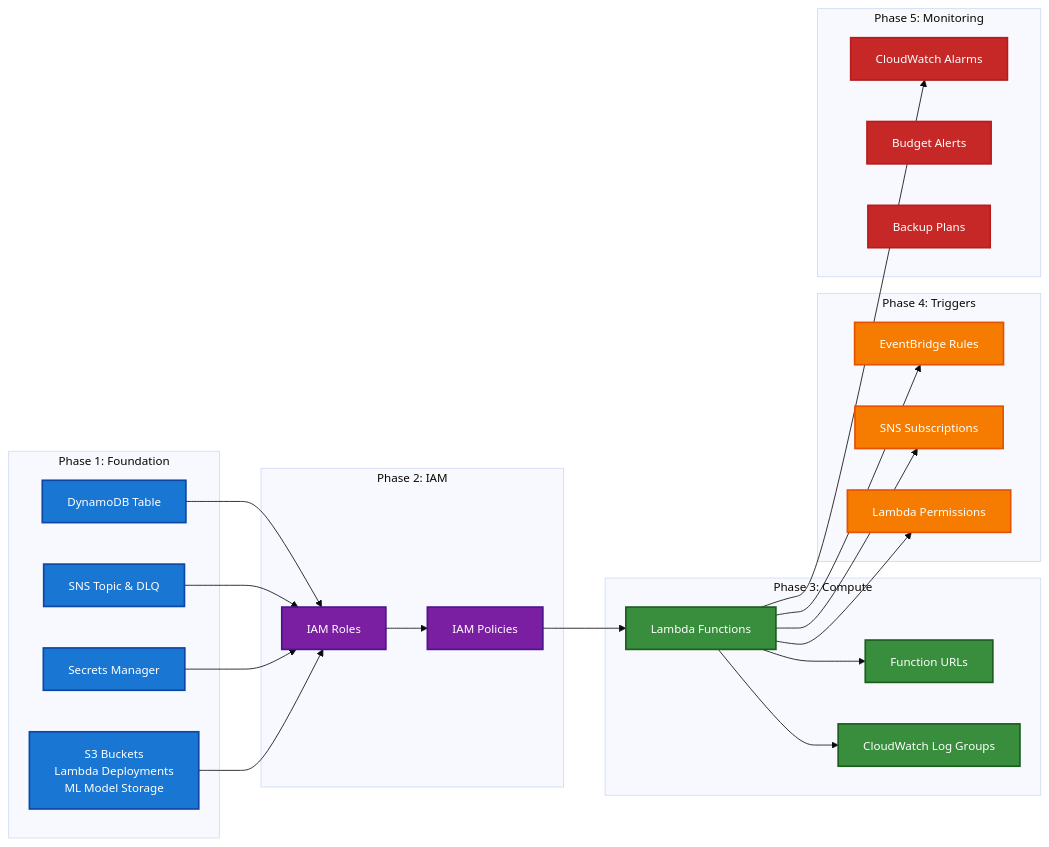
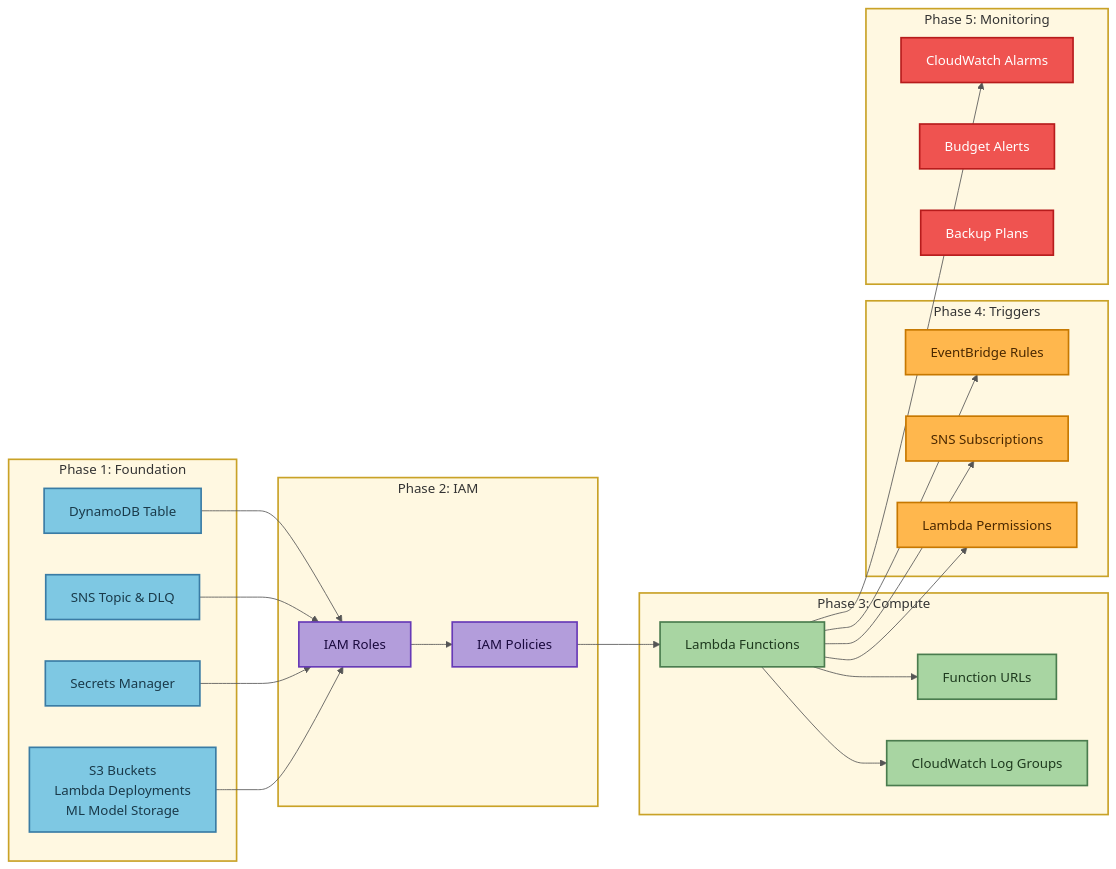
One commit to traylorre/sentiment-analyzer-gsk changed the second of 9 diagrams in docs/TERRAFORM_DEPLOYMENT_FLOW.md. Above: the diagram before and after it, drawn with Mermaid. The commit also changed other lines of this file and 3 other files, not shown here.

First line of the commit message:
docs: Update mermaid diagrams with better contrast colors

````diff
--- a/docs/TERRAFORM_DEPLOYMENT_FLOW.md
+++ b/docs/TERRAFORM_DEPLOYMENT_FLOW.md
@@ -54,58 +60,60 @@
 ```mermaid
-%%{init: {'theme':'base', 'themeVariables': {'fontSize':'14px'}}}%%
+%%{init: {'theme':'base', 'themeVariables': {'primaryColor':'#fff8e1', 'primaryTextColor':'#333', 'primaryBorderColor':'#c9a227', 'lineColor':'#555'}}}%%
 flowchart LR
-    subgraph "Phase 1: Foundation"
+    subgraph Phase1["Phase 1: Foundation"]
         A[S3 Buckets<br/>Lambda Deployments<br/>ML Model Storage]
         B[Secrets Manager]
         C[SNS Topic & DLQ]
         D[DynamoDB Table]
     end
 
-    subgraph "Phase 2: IAM"
+    subgraph Phase2["Phase 2: IAM"]
         E[IAM Roles]
         F[IAM Policies]
     end
 
-    subgraph "Phase 3: Compute"
+    subgraph Phase3["Phase 3: Compute"]
         G[Lambda Functions]
         H[Function URLs]
         I[CloudWatch Log Groups]
     end
 
-    subgraph "Phase 4: Triggers"
+    subgraph Phase4["Phase 4: Triggers"]
         J[EventBridge Rules]
         K[SNS Subscriptions]
         L[Lambda Permissions]
     end
 
-    subgraph "Phase 5: Monitoring"
+    subgraph Phase5["Phase 5: Monitoring"]
         M[CloudWatch Alarms]
         N[Budget Alerts]
         O[Backup Plans]
     end
 
     A --> E
     B --> E
     C --> E
     D --> E
     E --> F
     F --> G
     G --> H
     G --> I
     G --> J
     G --> K
     G --> L
     G --> M
 
-    classDef phase1 fill:#1976d2,stroke:#0d47a1,stroke-width:2px,color:#fff
-    classDef phase2 fill:#7b1fa2,stroke:#4a148c,stroke-width:2px,color:#fff
-    classDef phase3 fill:#388e3c,stroke:#1b5e20,stroke-width:2px,color:#fff
-    classDef phase4 fill:#f57c00,stroke:#e65100,stroke-width:2px,color:#fff
-    classDef phase5 fill:#c62828,stroke:#b71c1c,stroke-width:2px,color:#fff
+    classDef stageBox fill:#fff8e1,stroke:#c9a227,stroke-width:2px,color:#333
+    classDef phase1Node fill:#7ec8e3,stroke:#3a7ca5,stroke-width:2px,color:#1a3a4a
+    classDef phase2Node fill:#b39ddb,stroke:#673ab7,stroke-width:2px,color:#1a0a3e
+    classDef phase3Node fill:#a8d5a2,stroke:#4a7c4e,stroke-width:2px,color:#1e3a1e
+    classDef phase4Node fill:#ffb74d,stroke:#c77800,stroke-width:2px,color:#4a2800
+    classDef phase5Node fill:#ef5350,stroke:#b71c1c,stroke-width:2px,color:#fff
 
-    class A,B,C,D phase1
-    class E,F phase2
-    class G,H,I phase3
-    class J,K,L phase4
-    class M,N,O phase5
+    class Phase1,Phase2,Phase3,Phase4,Phase5 stageBox
+    class A,B,C,D phase1Node
+    class E,F phase2Node
+    class G,H,I phase3Node
+    class J,K,L phase4Node
+    class M,N,O phase5Node
 ```
````
